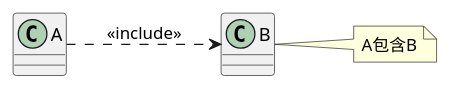
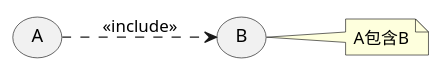
One commit to lyremelody/spiritual-practice changed the fifth of 10 diagrams in software-engineering/uml/README.md. Above: the diagram before and after it, drawn with PlantUML. The commit also changed other lines of this file, not shown here.

Commit message:
完善《UML》，新增实现关系、精化关系、泛化关系、聚合关系、组合关系的解释

````diff
--- a/software-engineering/uml/README.md
+++ b/software-engineering/uml/README.md
@@ -134,9 +134,9 @@
 ```plantuml
 @startuml
-class A
-class B
+usecase A
+usecase B
 left to right direction
 A -[dashed]-> B: <<include>>
 note right: A包含B
 @enduml
 ```
````
